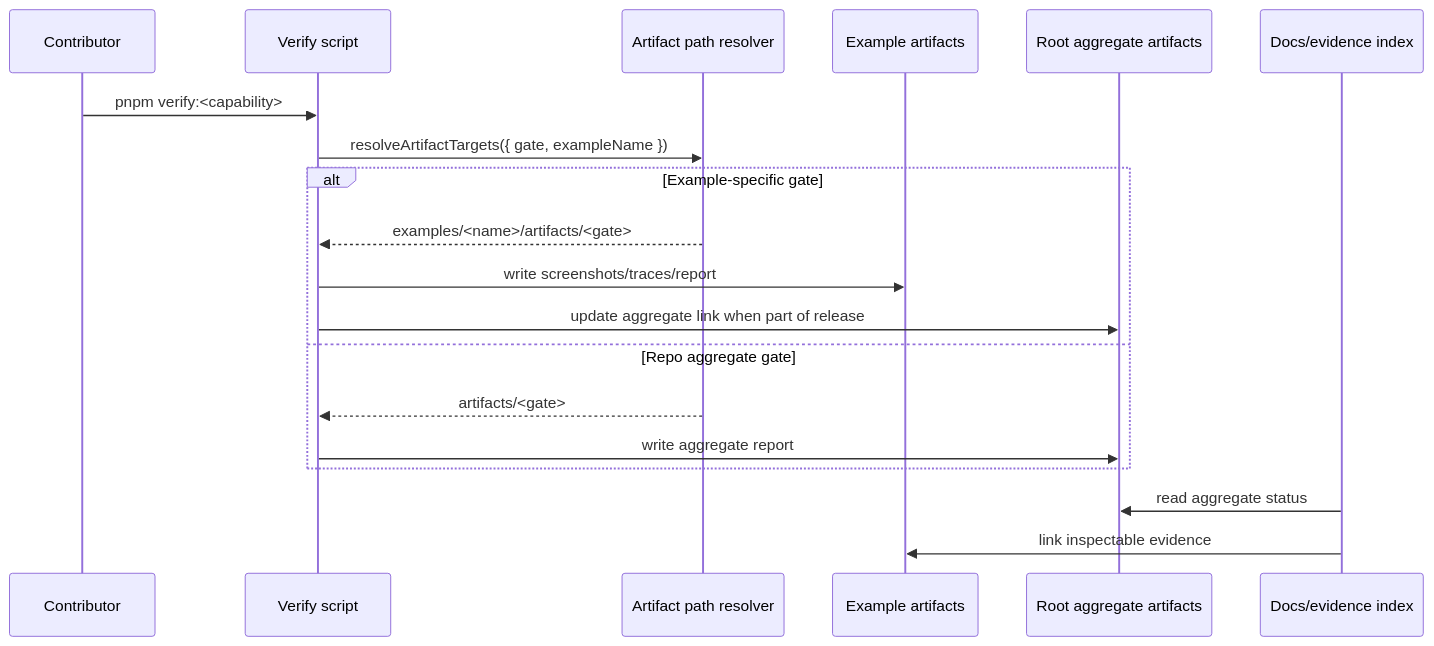
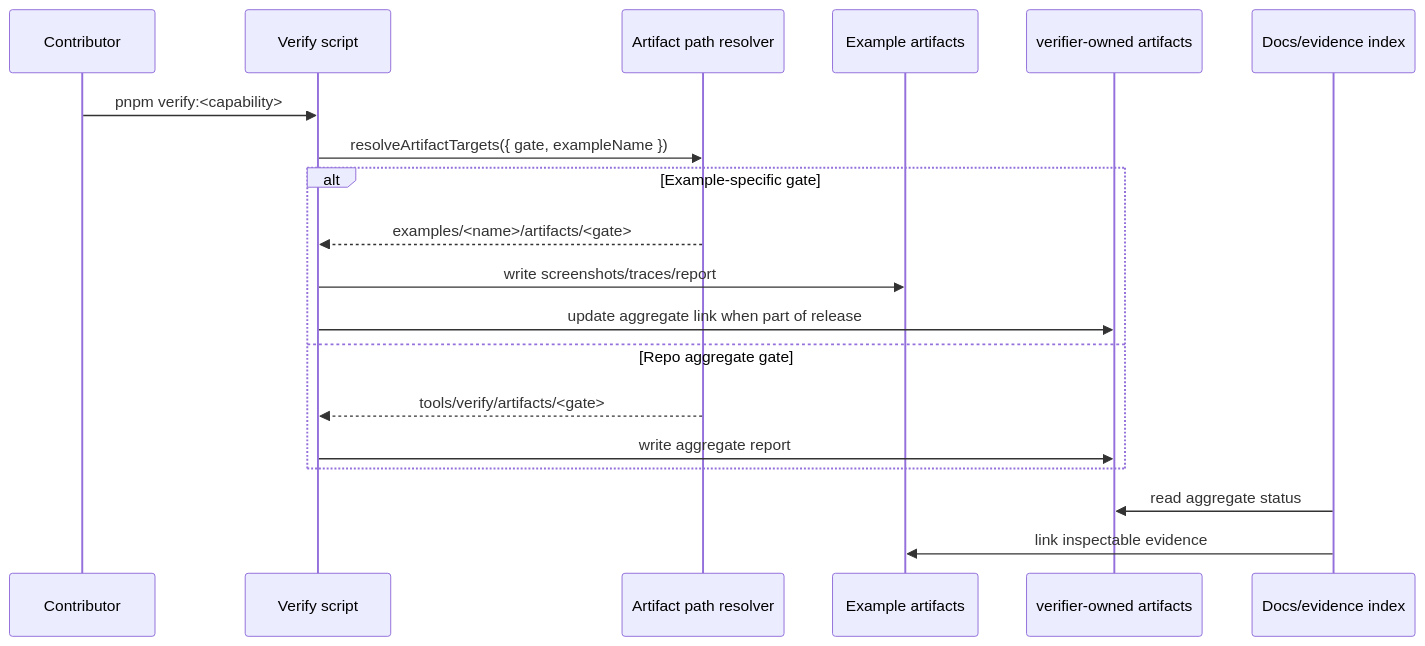
One commit to jonit-dev/threejs-to-bevy changed the second of 2 diagrams in docs/PRDs/other/artifact-fixture-layout-reorg.md. Above: the diagram before and after it, drawn with Mermaid. The commit also changed other lines of this file and 393 other files, not shown here.

````diff
--- a/docs/PRDs/other/artifact-fixture-layout-reorg.md
+++ b/docs/PRDs/other/artifact-fixture-layout-reorg.md
@@ -176,22 +167,22 @@
 ```mermaid
 sequenceDiagram
     participant Dev as Contributor
     participant Script as Verify script
     participant Paths as Artifact path resolver
     participant Ex as Example artifacts
-    participant Root as Root aggregate artifacts
+    participant Tools as verifier-owned artifacts
     participant Docs as Docs/evidence index
 
     Dev->>Script: pnpm verify:<capability>
     Script->>Paths: resolveArtifactTargets({ gate, exampleName })
     alt Example-specific gate
         Paths-->>Script: examples/<name>/artifacts/<gate>
         Script->>Ex: write screenshots/traces/report
-        Script->>Root: update aggregate link when part of release
+        Script->>Tools: update aggregate link when part of release
     else Repo aggregate gate
-        Paths-->>Script: artifacts/<gate>
-        Script->>Root: write aggregate report
+        Paths-->>Script: tools/verify/artifacts/<gate>
+        Script->>Tools: write aggregate report
     end
-    Docs->>Root: read aggregate status
+    Docs->>Tools: read aggregate status
     Docs->>Ex: link inspectable evidence
 ```
````
